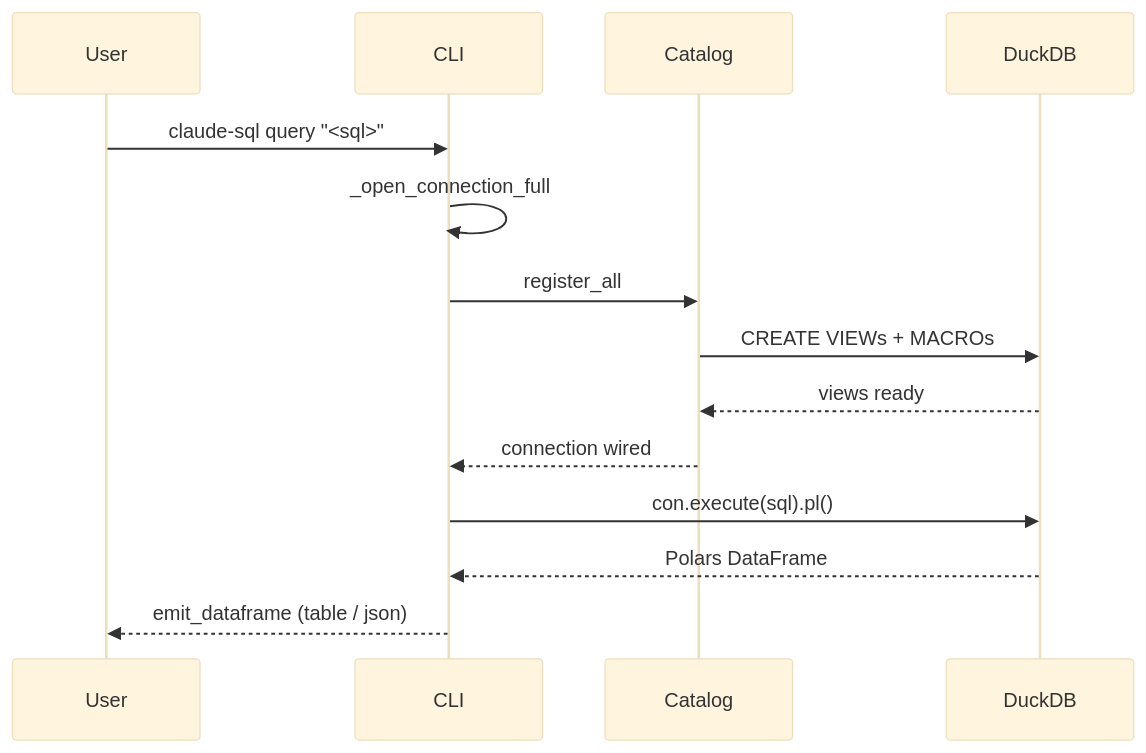
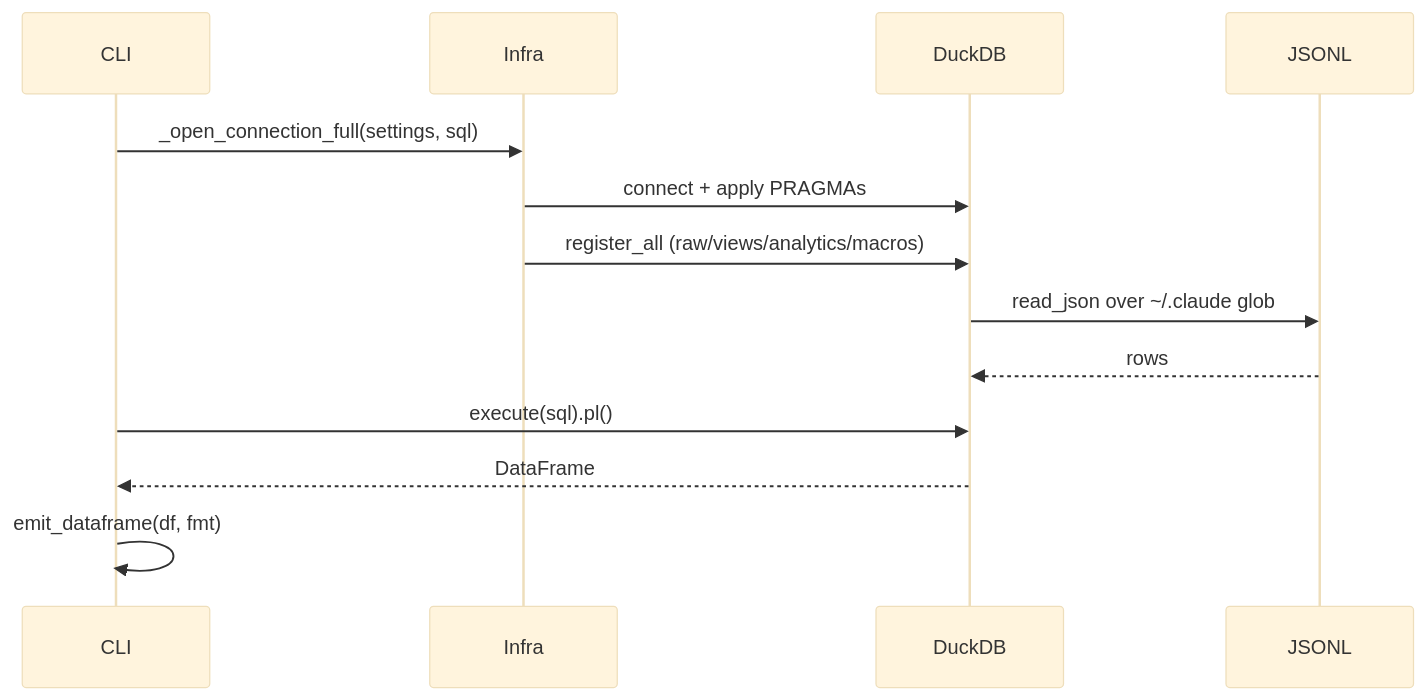
The first of 3 diagrams in docs/architecture/data-flow.md (theagenticguy/claude-sql), drawn with Mermaid (base theme) before and after one commit. The commit also changed other lines of this file and 279 other files, not shown here.

First line of the commit message:
feat(v2)!: hexagonal architecture — domain/application/infrastructure/interfaces (#159)

````diff
--- a/docs/architecture/data-flow.md
+++ b/docs/architecture/data-flow.md
@@ -18,16 +21,15 @@
 ```mermaid
 sequenceDiagram
-    participant User
     participant CLI
-    participant Catalog
+    participant Infra
     participant DuckDB
-    User->>CLI: claude-sql query "<sql>"
-    CLI->>CLI: _open_connection_full
-    CLI->>Catalog: register_all
-    Catalog->>DuckDB: CREATE VIEWs + MACROs
-    DuckDB-->>Catalog: views ready
-    Catalog-->>CLI: connection wired
-    CLI->>DuckDB: con.execute(sql).pl()
-    DuckDB-->>CLI: Polars DataFrame
-    CLI-->>User: emit_dataframe (table / json)
+    participant JSONL
+    CLI->>Infra: _open_connection_full(settings, sql)
+    Infra->>DuckDB: connect + apply PRAGMAs
+    Infra->>DuckDB: register_all (raw/views/analytics/macros)
+    DuckDB->>JSONL: read_json over ~/.claude glob
+    JSONL-->>DuckDB: rows
+    CLI->>DuckDB: execute(sql).pl()
+    DuckDB-->>CLI: DataFrame
+    CLI->>CLI: emit_dataframe(df, fmt)
 ```
````
